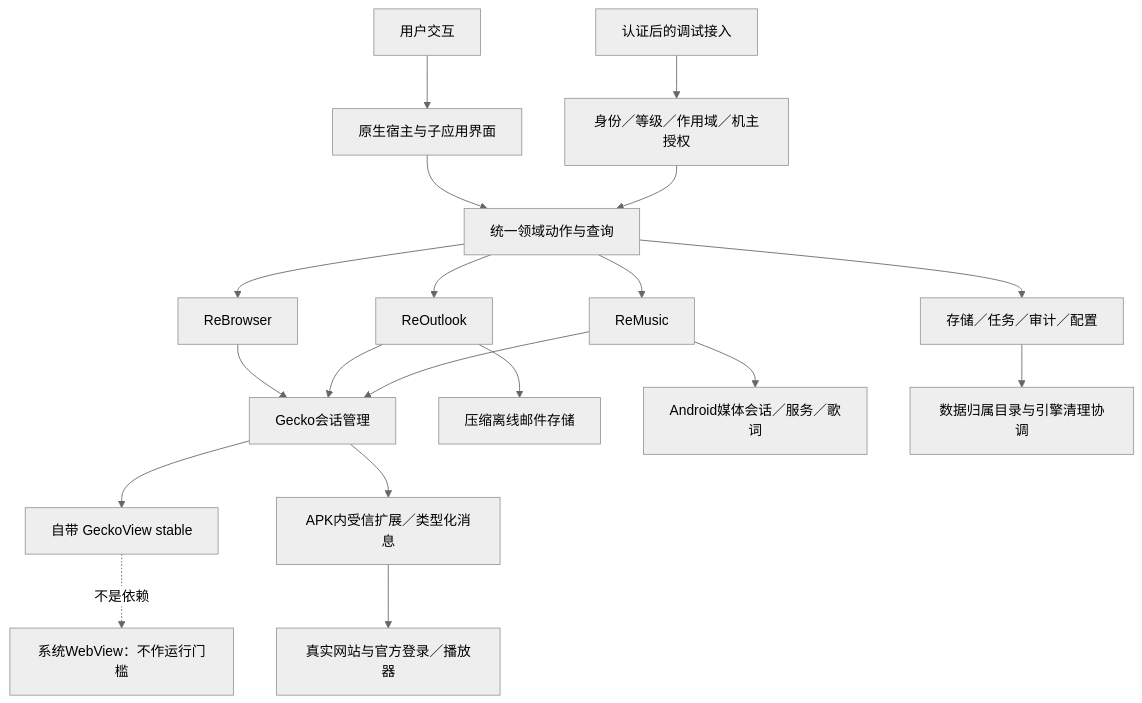
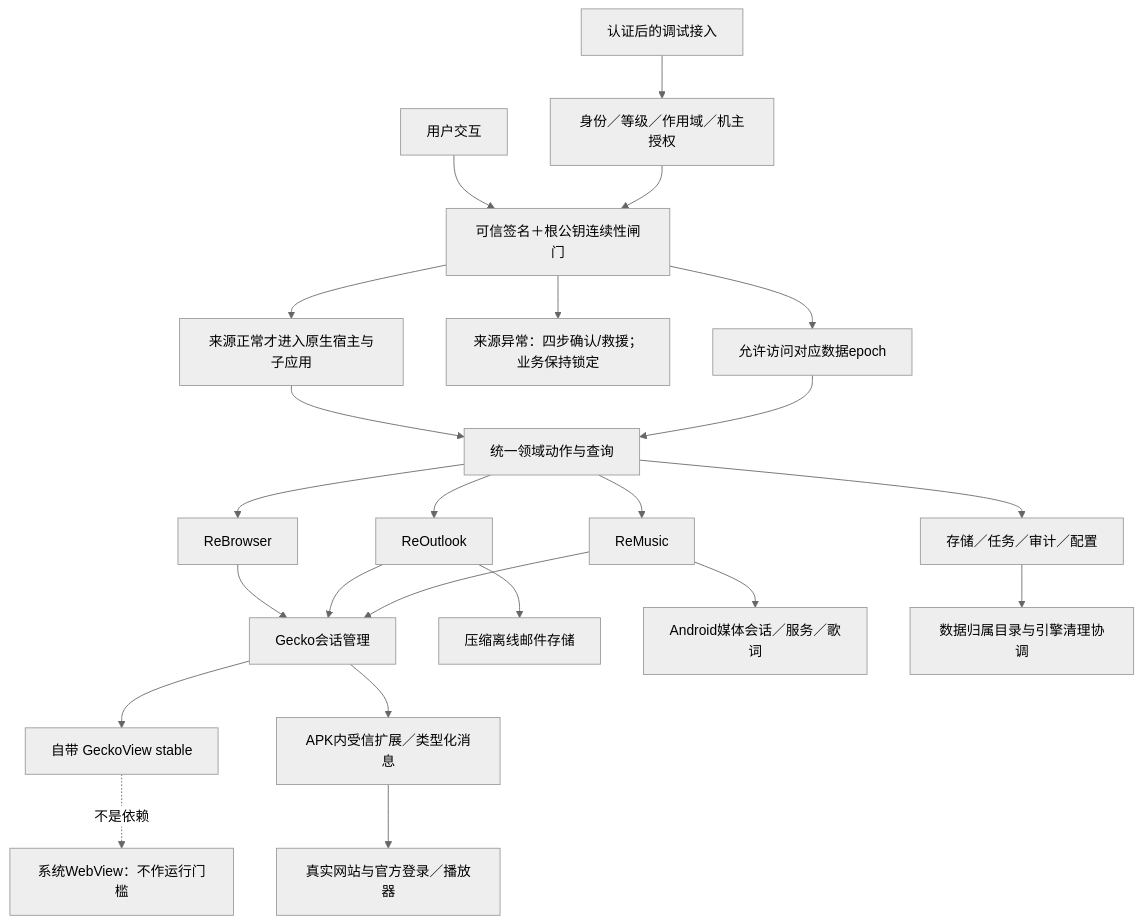
Before and after one commit to 13513208952/ReBrowser: the first of 2 diagrams in planning/geckoview-v2/views/01-system-and-parity.md, drawn with Mermaid (neutral theme). The commit also changed other lines of this file and 23 other files, not shown here.

````diff
--- a/planning/geckoview-v2/views/01-system-and-parity.md
+++ b/planning/geckoview-v2/views/01-system-and-parity.md
@@ -3,21 +3,25 @@
 ```mermaid
 flowchart TB
-  USER[用户交互] --> UI[原生宿主与子应用界面]
+  USER[用户交互] --> GUARD[可信签名＋根公钥连续性闸门]
+  GUARD --> UI[来源正常才进入原生宿主与子应用]
+  GUARD --> LOCK[来源异常：四步确认/救援；业务保持锁定]
   ADMIN[认证后的调试接入] --> POLICY[身份／等级／作用域／机主授权]
+  POLICY --> GUARD
   UI --> DOMAIN[统一领域动作与查询]
-  POLICY --> DOMAIN
+  GUARD --> GATED[允许访问对应数据epoch]
+  GATED --> DOMAIN
   DOMAIN --> B[ReBrowser]
   DOMAIN --> O[ReOutlook]
   DOMAIN --> M[ReMusic]
   DOMAIN --> S[存储／任务／审计／配置]
   B --> SESSION[Gecko会话管理]
   O --> SESSION
   M --> SESSION
   SESSION --> GV[自带 GeckoView stable]
   SESSION --> EXT[APK内受信扩展／类型化消息]
   EXT --> SITE[真实网站与官方登录／播放器]
   O --> MAIL[压缩离线邮件存储]
   M --> MEDIA[Android媒体会话／服务／歌词]
   S --> OWN[数据归属目录与引擎清理协调]
   GV -. 不是依赖 .-> WV[系统WebView：不作运行门槛]
 ```
````
